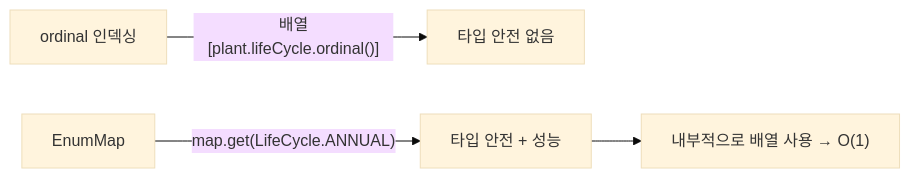
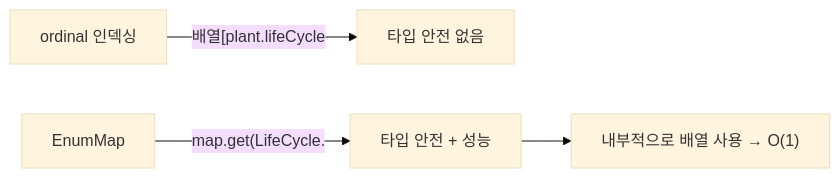
Before and after one commit to yjkim2015/yjkim2015.github.io: the sixth of 6 diagrams in _posts/effective_java/2026-05-03-effective-java-generics-enums.md, drawn with Mermaid (base theme). The commit also changed other lines of this file and 271 other files, not shown here.

First line of the commit message:
Mermaid 라벨 축소: 긴 노드 텍스트 18자 이하로 트림 + \n 제거

````diff
--- a/_posts/effective_java/2026-05-03-effective-java-generics-enums.md
+++ b/_posts/effective_java/2026-05-03-effective-java-generics-enums.md
@@ -391,6 +391,6 @@
 ```mermaid
 flowchart LR
-    A["ordinal 인덱싱"] -->|"배열[plant.lifeCycle.ordinal()]"| B["타입 안전 없음"]
-    C["EnumMap"] -->|"map.get(LifeCycle.ANNUAL)"| D["타입 안전 + 성능"]
+    A["ordinal 인덱싱"] -->|"배열[plant.lifeCycle"| B["타입 안전 없음"]
+    C["EnumMap"] -->|"map.get(LifeCycle."| D["타입 안전 + 성능"]
     D --> E["내부적으로 배열 사용 → O(1)"]
 ```
````
